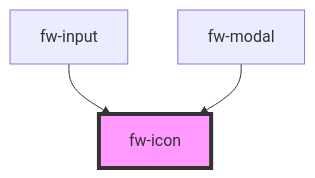
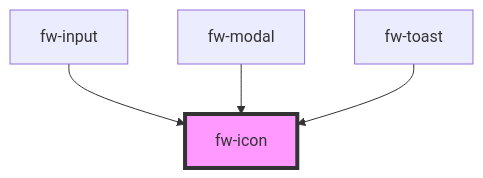
One commit to freshworks/crayons changed the diagram in src/components/icon/readme.md. Above: the diagram before and after it, drawn with Mermaid. The commit also changed other lines of this file and 179 other files, not shown here.

````diff
--- a/src/components/icon/readme.md
+++ b/src/components/icon/readme.md
@@ -42,6 +43,7 @@
 ```mermaid
 graph TD;
   fw-input --> fw-icon
   fw-modal --> fw-icon
+  fw-toast --> fw-icon
   style fw-icon fill:#f9f,stroke:#333,stroke-width:4px
 ```
````
